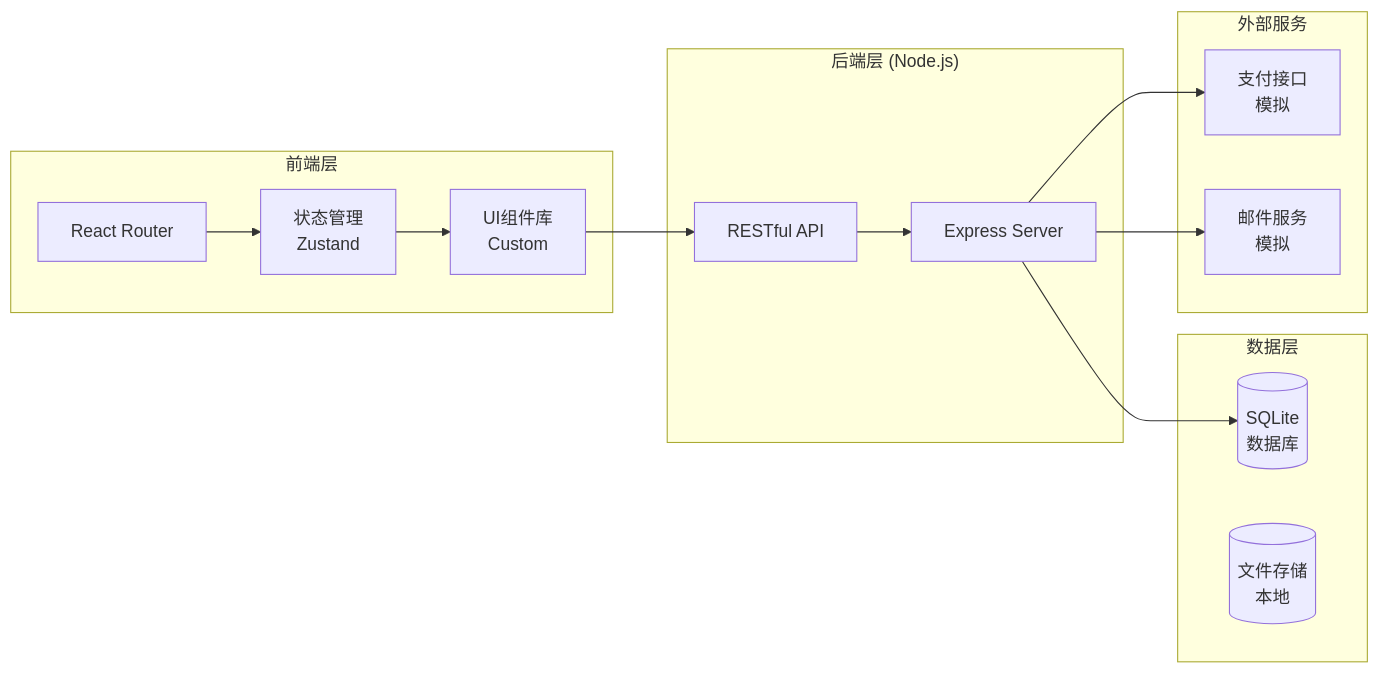
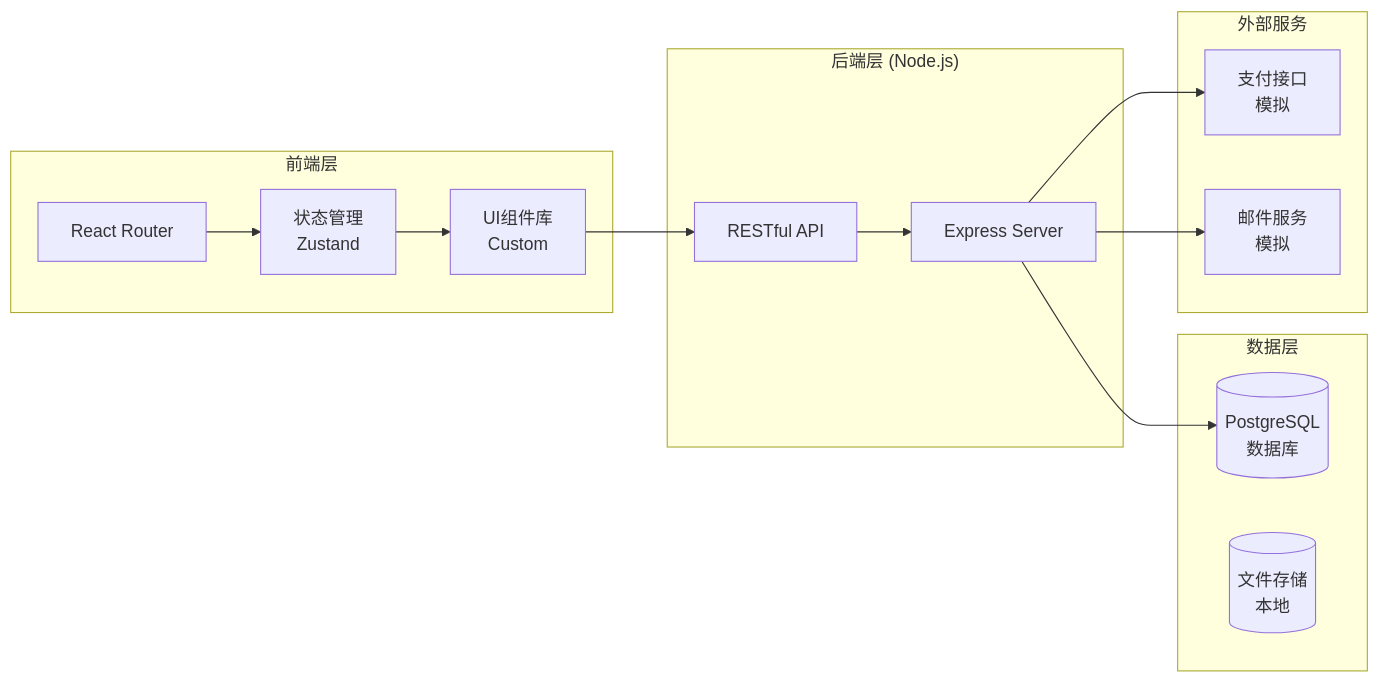
One commit to dqdallen/agenthub changed the first of 2 diagrams in .trae/documents/ARCHITECTURE.md. Above: the diagram before and after it, drawn with Mermaid. The commit also changed other lines of this file and 30 other files, not shown here.

````diff
--- a/.trae/documents/ARCHITECTURE.md
+++ b/.trae/documents/ARCHITECTURE.md
@@ -7,29 +7,29 @@
 ```mermaid
 flowchart LR
     subgraph Frontend["前端层"]
         A[React Router]
         B[状态管理<br/>Zustand]
         C[UI组件库<br/>Custom]
     end
     
     subgraph Backend["后端层 (Node.js)"]
         D[Express Server]
         E[RESTful API]
     end
     
     subgraph Data["数据层"]
-        F[(SQLite<br/>数据库)]
+        F[(PostgreSQL<br/>数据库)]
         G[(文件存储<br/>本地)]
     end
     
     subgraph External["外部服务"]
         H[支付接口<br/>模拟]
         I[邮件服务<br/>模拟]
     end
     
     A --> B --> C
     C --> E
     E --> D --> F
     D --> H
     D --> I
 ```
````
